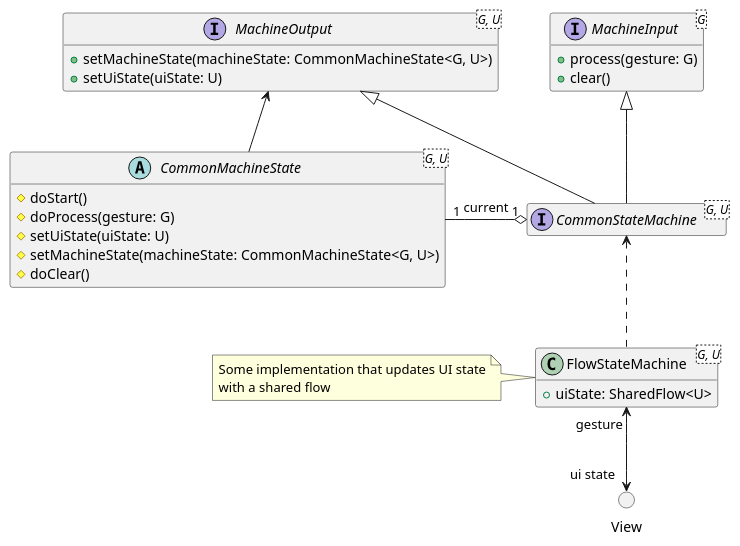
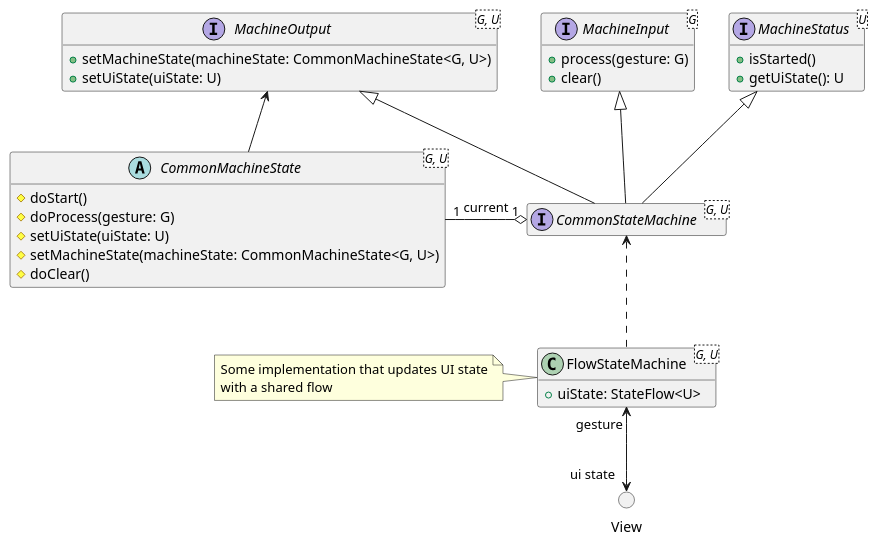
Before and after one commit to motorro/CommonStateMachine: the diagram in doc/StateMachine.puml, drawn with PlantUML. The commit also changed 19 other files, not shown here.

```diff
--- a/doc/StateMachine.puml
+++ b/doc/StateMachine.puml
@@ -1,43 +1,49 @@
 @startuml
 'https://plantuml.com/class-diagram
 
 hide empty members
 
 interface MachineInput<G> {
     +process(gesture: G)
     +clear()
 }
 
 interface MachineOutput<G, U> {
     +setMachineState(machineState: CommonMachineState<G, U>)
     +setUiState(uiState: U)
 }
 
+interface MachineStatus<U> {
+    +isStarted()
+    +getUiState(): U
+}
+
 abstract class CommonMachineState<G, U> {
     #doStart()
     #doProcess(gesture: G)
     #setUiState(uiState: U)
     #setMachineState(machineState: CommonMachineState<G, U>)
     #doClear()
 }
 CommonMachineState -up-> MachineOutput
 
 interface CommonStateMachine<G, U>
 CommonStateMachine -up-|> MachineInput
 CommonStateMachine -up-|> MachineOutput
+CommonStateMachine -up-|> MachineStatus
 CommonStateMachine "1" o-left- "1" CommonMachineState : current
 
 class FlowStateMachine<G, U> {
-    +uiState: SharedFlow<U>
+    +uiState: StateFlow<U>
 }
 FlowStateMachine .up.> CommonStateMachine
 note left of FlowStateMachine
     Some implementation that updates UI state
     with a shared flow
 end note
 
 
 circle View
 View "ui state" <-up-> "gesture" FlowStateMachine
 
 @enduml
```
